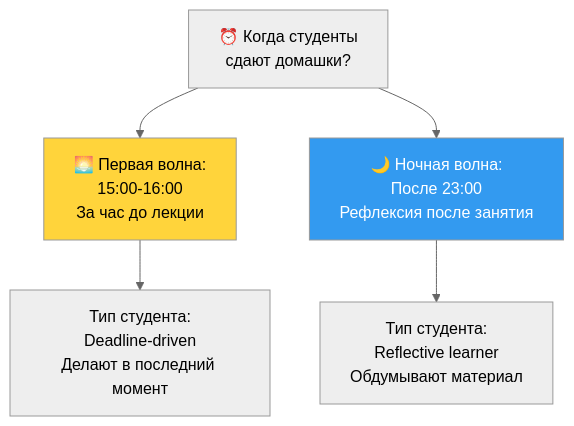
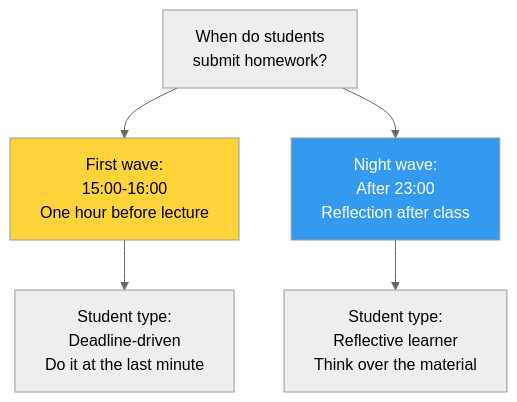
One commit to ad3002/masters-course-2025-vibe-coding changed the eighth of 16 diagrams in materials/workshop4.md. Above: the diagram before and after it, drawn with Mermaid (neutral theme). The commit also changed other lines of this file, not shown here.

````diff
--- a/materials/workshop4.md
+++ b/materials/workshop4.md
@@ -285,13 +285,13 @@
 ```mermaid
 graph TD
-    TIME[⏰ Когда студенты<br/>сдают домашки?]
+    TIME[When do students<br/>submit homework?]
 
-    TIME --> WAVE1[🌅 Первая волна:<br/>15:00-16:00<br/>За час до лекции]
-    TIME --> WAVE2[🌙 Ночная волна:<br/>После 23:00<br/>Рефлексия после занятия]
+    TIME --> WAVE1[First wave:<br/>15:00-16:00<br/>One hour before lecture]
+    TIME --> WAVE2[Night wave:<br/>After 23:00<br/>Reflection after class]
 
-    WAVE1 --> TYPE1[Тип студента:<br/>Deadline-driven<br/>Делают в последний момент]
-    WAVE2 --> TYPE2[Тип студента:<br/>Reflective learner<br/>Обдумывают материал]
+    WAVE1 --> TYPE1[Student type:<br/>Deadline-driven<br/>Do it at the last minute]
+    WAVE2 --> TYPE2[Student type:<br/>Reflective learner<br/>Think over the material]
 
     style WAVE1 fill:#ffd43b
     style WAVE2 fill:#339af0,color:#fff
 ```
````
